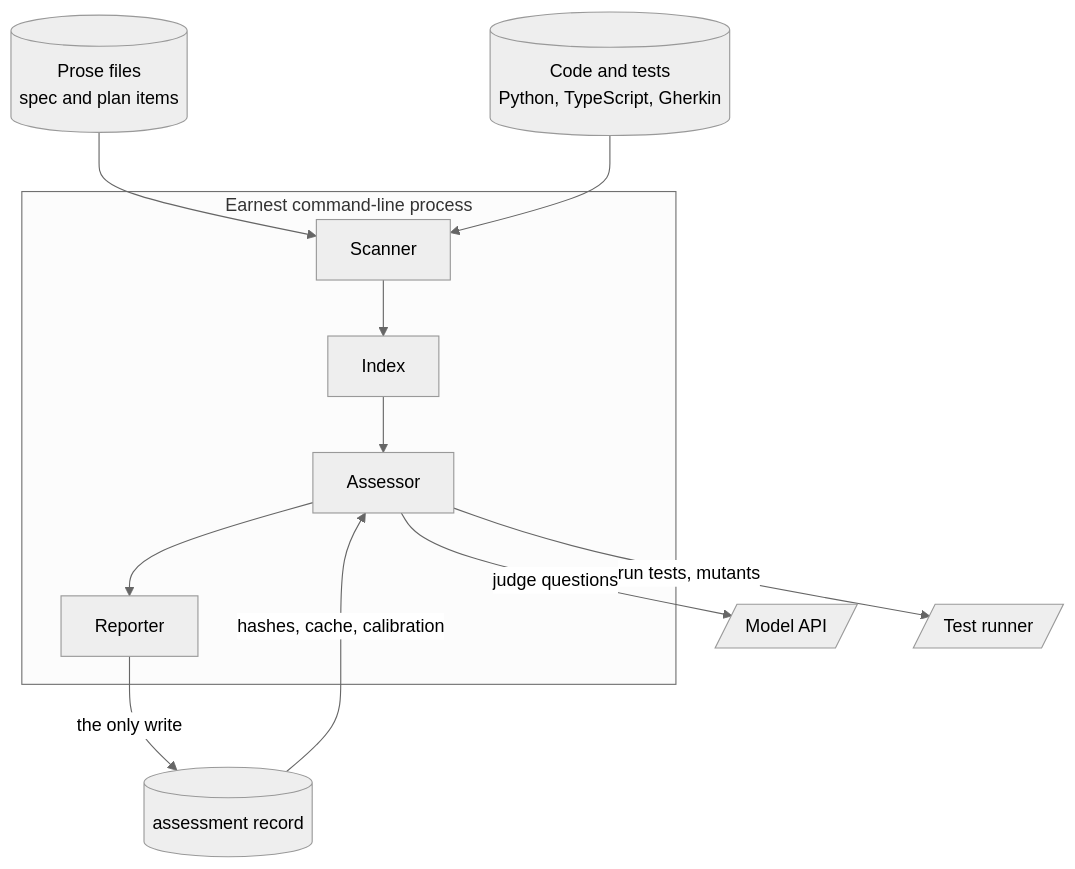
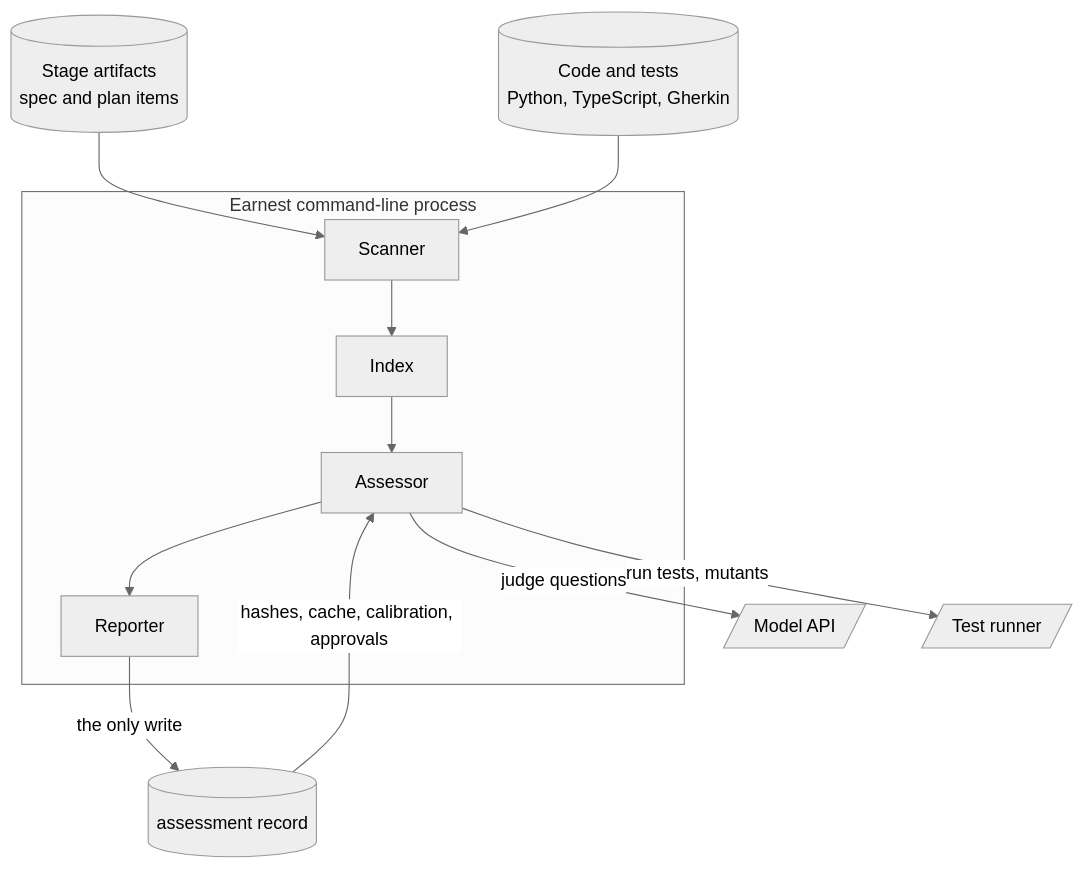
One commit to nullrul/earnest changed the third of 5 diagrams in docs/design/01-logic-design.md. Above: the diagram before and after it, drawn with Mermaid (neutral theme). The commit also changed other lines of this file and 3 other files, not shown here.

````diff
--- a/docs/design/01-logic-design.md
+++ b/docs/design/01-logic-design.md
@@ -688,22 +827,22 @@
 ```mermaid
 flowchart TB
   subgraph earnest["Earnest command-line process"]
     scanner[Scanner]
     index[Index]
     assessor[Assessor]
     reporter[Reporter]
     scanner --> index --> assessor --> reporter
   end
-  prose[("Prose files<br/>spec and plan items")]
+  prose[("Stage artifacts<br/>spec and plan items")]
   code[("Code and tests<br/>Python, TypeScript, Gherkin")]
   record[("assessment record")]
   model[/"Model API"/]
   runner[/"Test runner"/]
 
   prose --> scanner
   code --> scanner
   assessor -- "judge questions" --> model
   assessor -- "run tests, mutants" --> runner
-  record -- "hashes, cache, calibration" --> assessor
+  record -- "hashes, cache, calibration, approvals" --> assessor
   reporter -- "the only write" --> record
 ```
````
